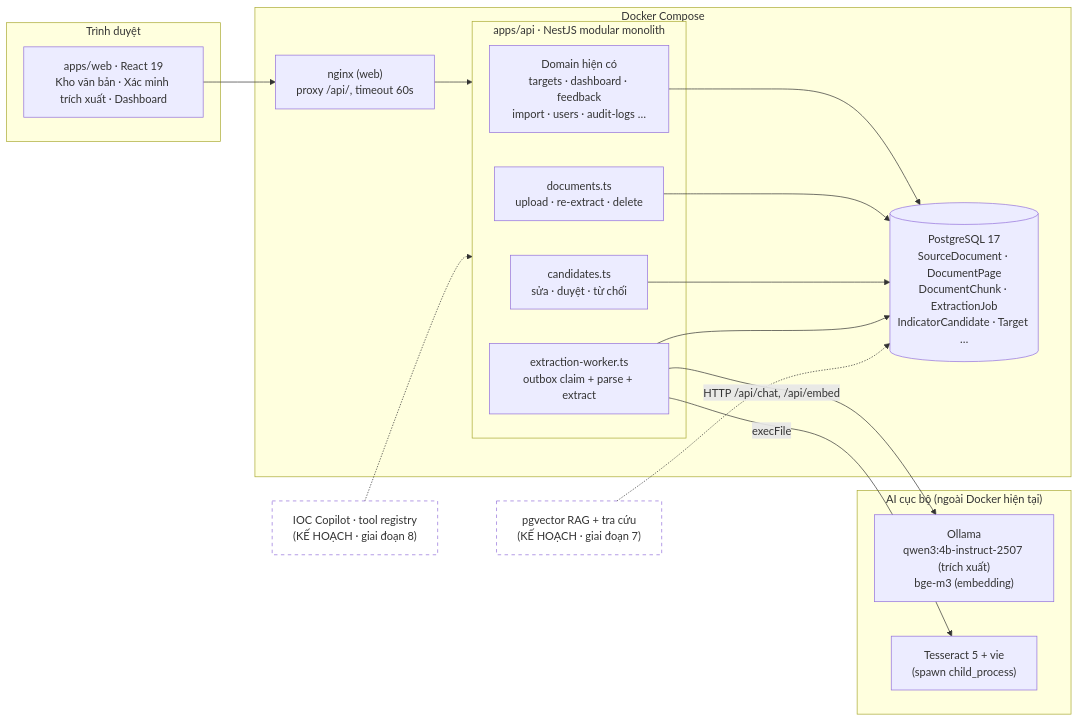
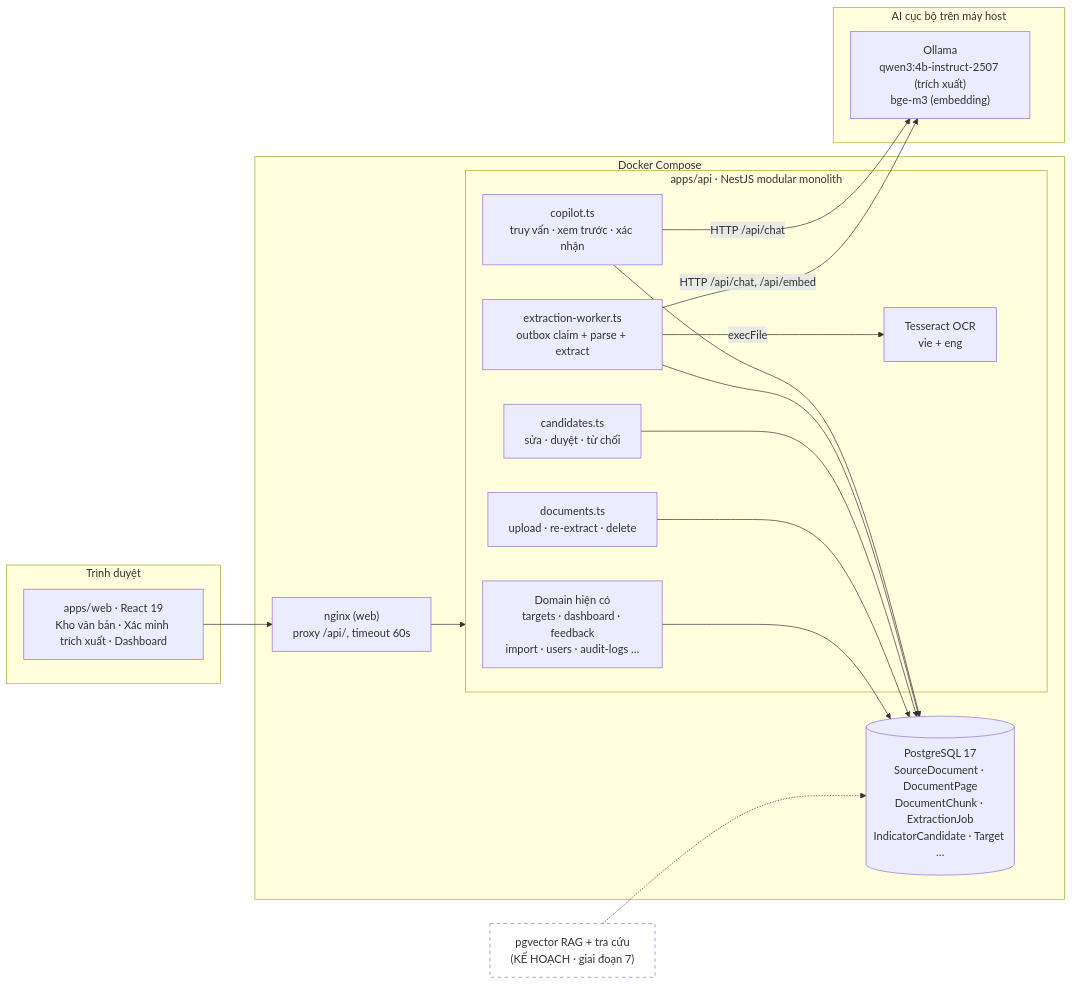
Before and after one commit to kienpt012/dashboard: the first of 2 diagrams in docs/ARCHITECTURE.md, drawn with Mermaid. The commit also changed other lines of this file and 17 other files, not shown here.

````diff
--- a/docs/ARCHITECTURE.md
+++ b/docs/ARCHITECTURE.md
@@ -7,32 +7,33 @@
 ```mermaid
 flowchart LR
   subgraph client["Trình duyệt"]
     WEB["apps/web · React 19\nKho văn bản · Xác minh trích xuất · Dashboard"]
   end
   subgraph docker["Docker Compose"]
     NGINX["nginx (web)\nproxy /api/, timeout 60s"]
     subgraph API["apps/api · NestJS modular monolith"]
       DOM["Domain hiện có\ntargets · dashboard · feedback\nimport · users · audit-logs …"]
       DOCS["documents.ts\nupload · re-extract · delete"]
       CAND["candidates.ts\nsửa · duyệt · từ chối"]
       WORKER["extraction-worker.ts\noutbox claim + parse + extract"]
+      COPILOT["copilot.ts\ntruy vấn · xem trước · xác nhận"]
+      TESS["Tesseract OCR\nvie + eng"]
     end
     PG[("PostgreSQL 17\nSourceDocument · DocumentPage\nDocumentChunk · ExtractionJob\nIndicatorCandidate · Target …")]
   end
-  subgraph localai["AI cục bộ (ngoài Docker hiện tại)"]
+  subgraph localai["AI cục bộ trên máy host"]
     OLLAMA["Ollama\nqwen3:4b-instruct-2507 (trích xuất)\nbge-m3 (embedding)"]
-    TESS["Tesseract 5 + vie\n(spawn child_process)"]
   end
   WEB --> NGINX --> API
   DOM --> PG
   DOCS --> PG
   CAND --> PG
   WORKER --> PG
+  COPILOT --> PG
   WORKER -->|HTTP /api/chat, /api/embed| OLLAMA
   WORKER -->|execFile| TESS
+  COPILOT -->|HTTP /api/chat| OLLAMA
   RAG["pgvector RAG + tra cứu\n(KẾ HOẠCH · giai đoạn 7)"]:::planned
-  COPILOT["IOC Copilot · tool registry\n(KẾ HOẠCH · giai đoạn 8)"]:::planned
   RAG -.-> PG
-  COPILOT -.-> API
   classDef planned stroke-dasharray: 5 5,fill:none
 ```
````
